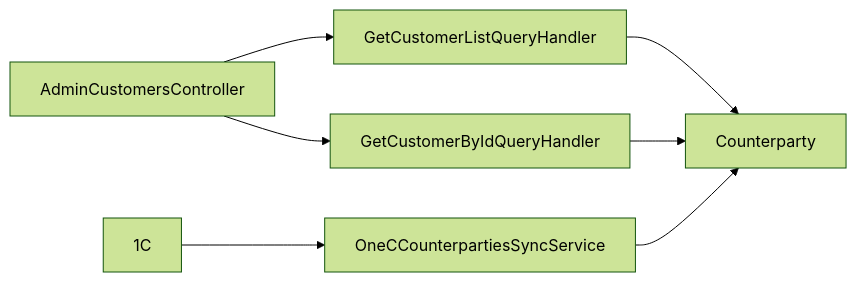
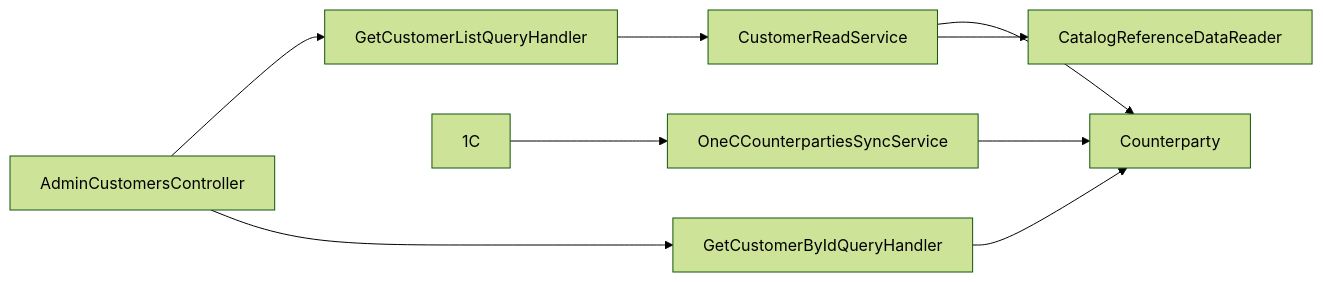
One commit to Weretik/KedrStore changed the diagram in docs/sdd/features/sales/customers.md. Above: the diagram before and after it, drawn with Mermaid (forest theme). The commit also changed other lines of this file and 55 other files, not shown here.

Commit message:
Add server-side admin browsing and customer reference names

````diff
--- a/docs/sdd/features/sales/customers.md
+++ b/docs/sdd/features/sales/customers.md
@@ -28,9 +34,11 @@
 ```mermaid
 flowchart LR
     A["AdminCustomersController"] --> B["GetCustomerListQueryHandler"]
     A --> C["GetCustomerByIdQueryHandler"]
-    B --> D["Counterparty"]
+    B --> G["CustomerReadService"]
+    G --> D["Counterparty"]
     C --> D
     E["1C"] --> F["OneCCounterpartiesSyncService"]
     F --> D
+    G --> H["CatalogReferenceDataReader"]
 ```
````
